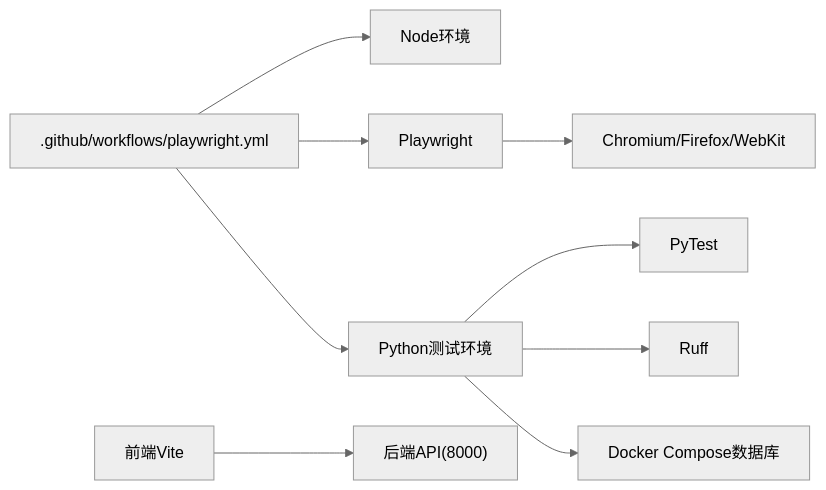
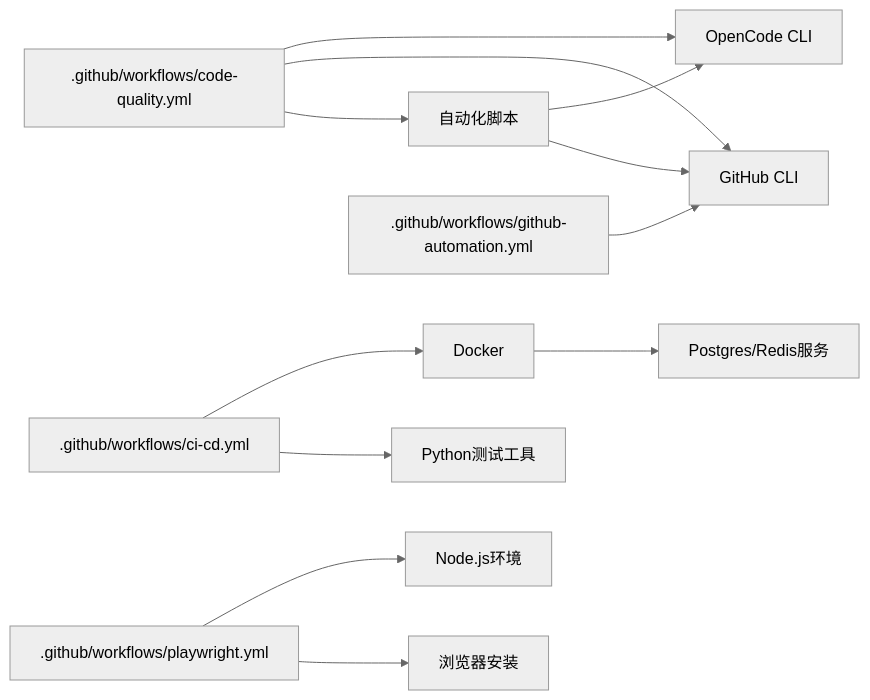
Before and after one commit to xfbyxq/ai-novel-system: the third of 4 diagrams in .qoder/repowiki/zh/content/部署与运维/CI_CD持续集成流水线.md, drawn with Mermaid (neutral theme). The commit also changed other lines of this file and 8 other files, not shown here.

````diff
--- a/.qoder/repowiki/zh/content/部署与运维/CI_CD持续集成流水线.md
+++ b/.qoder/repowiki/zh/content/部署与运维/CI_CD持续集成流水线.md
@@ -241,11 +285,14 @@
 ```mermaid
 graph LR
-GHA[".github/workflows/playwright.yml"] --> NODE["Node环境"]
-GHA --> PW["Playwright"]
-PW --> BROWSERS["Chromium/Firefox/WebKit"]
-GHA --> PY["Python测试环境"]
-PY --> PYTEST["PyTest"]
-PY --> RUFF["Ruff"]
-PY --> DB["Docker Compose数据库"]
-FE["前端Vite"] --> BACKEND["后端API(8000)"]
+GHA_CODE[".github/workflows/code-quality.yml"] --> OPENCLI["OpenCode CLI"]
+GHA_CODE --> GHCLI["GitHub CLI"]
+GHA_CODE --> SCRIPTS["自动化脚本"]
+GHA_CI[".github/workflows/ci-cd.yml"] --> DOCKER["Docker"]
+GHA_CI --> PYTOOLS["Python测试工具"]
+GHA_GITHUB[".github/workflows/github-automation.yml"] --> GHCLI
+SCRIPTS --> OPENCLI
+SCRIPTS --> GHCLI
+PW[".github/workflows/playwright.yml"] --> NODE["Node.js环境"]
+PW --> BROWSERS["浏览器安装"]
+DOCKER --> DB["Postgres/Redis服务"]
 ```
````
